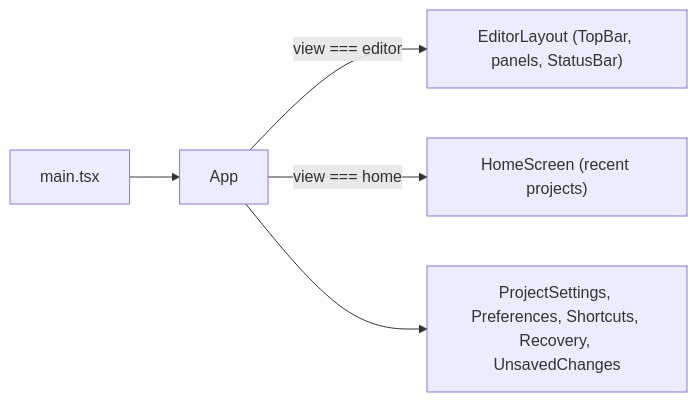
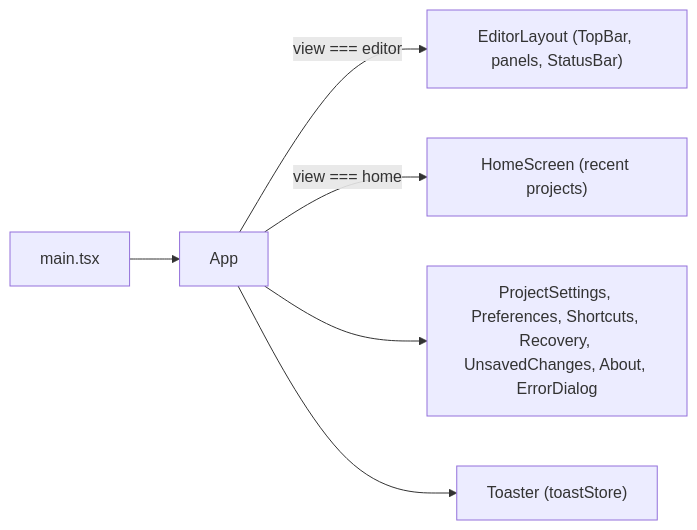
The first of 2 diagrams in docs/architecture/08-ui-architecture.md (emicon123/cutframe), drawn with Mermaid before and after one commit. The commit also changed other lines of this file and 38 other files, not shown here.

First line of the commit message:
feat(ui): toasts, error dialog, open logs folder and About dialog (task 0140)

````diff
--- a/docs/architecture/08-ui-architecture.md
+++ b/docs/architecture/08-ui-architecture.md
@@ -25,7 +25,8 @@
 ```mermaid
 flowchart LR
   boot["main.tsx"] --> app["App"]
   app -->|"view === editor"| editor["EditorLayout (TopBar, panels, StatusBar)"]
   app -->|"view === home"| home["HomeScreen (recent projects)"]
-  app --> dialogs["ProjectSettings, Preferences, Shortcuts, Recovery, UnsavedChanges"]
+  app --> dialogs["ProjectSettings, Preferences, Shortcuts, Recovery, UnsavedChanges, About, ErrorDialog"]
+  app --> toaster["Toaster (toastStore)"]
 ```
````
